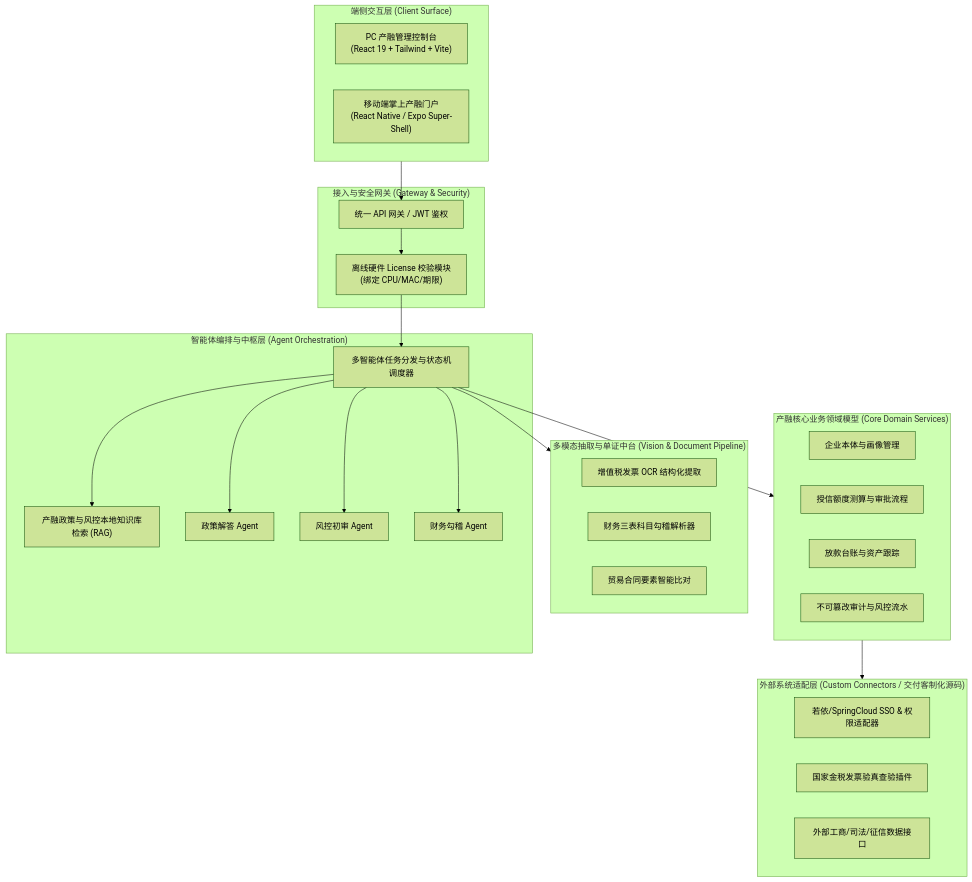
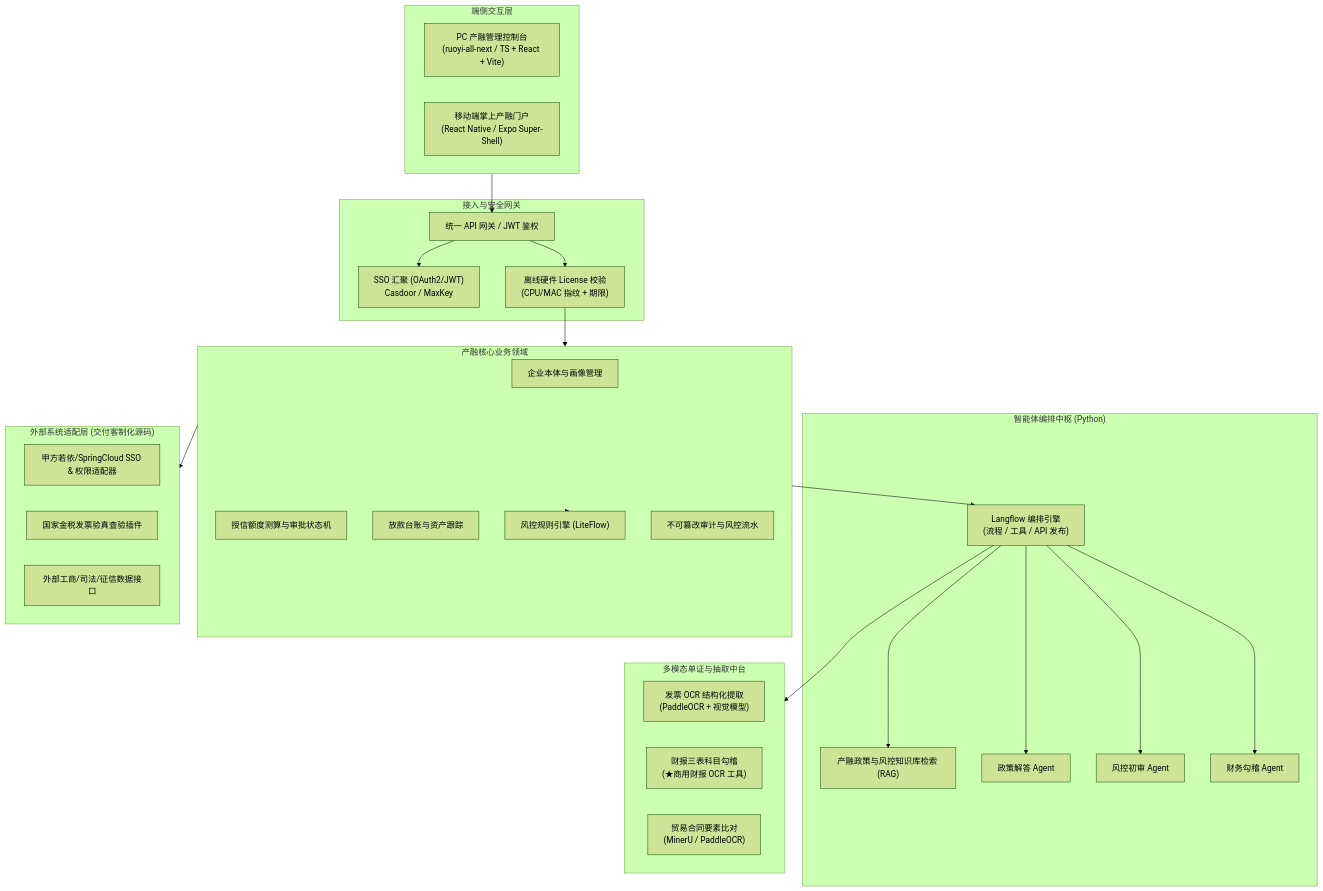
Before and after one commit to xaicd/coolie: the diagram in projects/sys-chanrong-agent/docs/cmmi/02-hld.md, drawn with Mermaid (forest theme). The commit also changed other lines of this file and 3 other files, not shown here.

Commit message:
feat(cmmi): implement G2 architecture gate and complete HLD with DAR matrix

````diff
--- a/projects/sys-chanrong-agent/docs/cmmi/02-hld.md
+++ b/projects/sys-chanrong-agent/docs/cmmi/02-hld.md
@@ -15,50 +19,54 @@
 ```mermaid
 flowchart TD
-    subgraph UI_Layer["端侧交互层 (Client Surface)"]
-        WebAdmin["PC 产融管理控制台\n(React 19 + Tailwind + Vite)"]
+    subgraph UI_Layer["端侧交互层"]
+        WebAdmin["PC 产融管理控制台\n(ruoyi-all-next / TS + React + Vite)"]
         MobilePortal["移动端掌上产融门户\n(React Native / Expo Super-Shell)"]
     end
 
-    subgraph Gateway_Layer["接入与安全网关 (Gateway & Security)"]
+    subgraph Gateway_Layer["接入与安全网关"]
         APIGW["统一 API 网关 / JWT 鉴权"]
-        LicenseCheck["离线硬件 License 校验模块\n(绑定 CPU/MAC/期限)"]
+        SSOBroker["SSO 汇聚 (OAuth2/JWT)\nCasdoor / MaxKey"]
+        LicenseCheck["离线硬件 License 校验\n(CPU/MAC 指纹 + 期限)"]
     end
 
-    subgraph Agent_Core["智能体编排与中枢层 (Agent Orchestration)"]
-        AgentDispatcher["多智能体任务分发与状态机调度器"]
-        RAGService["产融政策与风控本地知识库检索 (RAG)"]
+    subgraph Agent_Core["智能体编排中枢 (Python)"]
+        Orchestrator["Langflow 编排引擎\n(流程 / 工具 / API 发布)"]
+        RAGService["产融政策与风控知识库检索 (RAG)"]
         PolicyAgent["政策解答 Agent"]
         RiskAgent["风控初审 Agent"]
         AuditAgent["财务勾稽 Agent"]
     end
 
-    subgraph Vision_OCR["多模态抽取与单证中台 (Vision & Document Pipeline)"]
-        InvoiceOCR["增值税发票 OCR 结构化提取"]
-        FinanceOCR["财务三表科目勾稽解析器"]
-        ContractParser["贸易合同要素智能比对"]
+    subgraph Vision_OCR["多模态单证与抽取中台"]
+        InvoiceOCR["发票 OCR 结构化提取\n(PaddleOCR + 视觉模型)"]
+        FinanceOCR["财报三表科目勾稽\n(★商用财报 OCR 工具)"]
+        ContractParser["贸易合同要素比对\n(MinerU / PaddleOCR)"]
     end
 
-    subgraph Business_Domain["产融核心业务领域模型 (Core Domain Services)"]
+    subgraph Business_Domain["产融核心业务领域"]
         CorpService["企业本体与画像管理"]
-        CreditService["授信额度测算与审批流程"]
+        CreditService["授信额度测算与审批状态机"]
         LedgerService["放款台账与资产跟踪"]
+        RuleEngine["风控规则引擎 (LiteFlow)"]
         AuditLog["不可篡改审计与风控流水"]
     end
 
-    subgraph Integration_Adapters["外部系统适配层 (Custom Connectors / 交付客制化源码)"]
-        RuoyiConnector["若依/SpringCloud SSO & 权限适配器"]
+    subgraph Integration_Adapters["外部系统适配层 (交付客制化源码)"]
+        RuoyiConnector["甲方若依/SpringCloud SSO & 权限适配器"]
         TaxConnector["国家金税发票验真查验插件"]
         CreditConnector["外部工商/司法/征信数据接口"]
     end
 
     UI_Layer --> APIGW
+    APIGW --> SSOBroker
     APIGW --> LicenseCheck
-    LicenseCheck --> AgentDispatcher
-    AgentDispatcher --> PolicyAgent
-    AgentDispatcher --> RiskAgent
-    AgentDispatcher --> AuditAgent
-    AgentDispatcher --> RAGService
-    AgentDispatcher --> Vision_OCR
-    AgentDispatcher --> Business_Domain
+    LicenseCheck --> Business_Domain
+    Business_Domain --> Orchestrator
+    Orchestrator --> PolicyAgent
+    Orchestrator --> RiskAgent
+    Orchestrator --> AuditAgent
+    Orchestrator --> RAGService
+    Orchestrator --> Vision_OCR
+    Business_Domain --> RuleEngine
     Business_Domain --> Integration_Adapters
 ```
````
